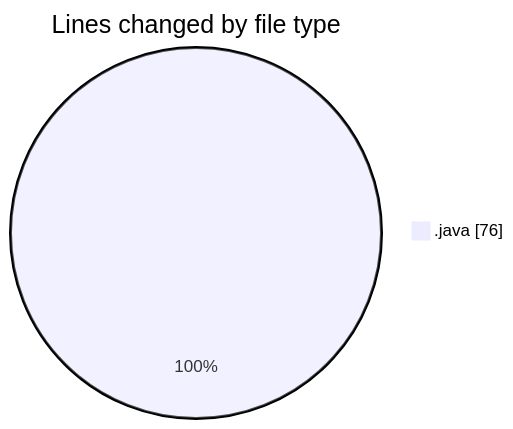
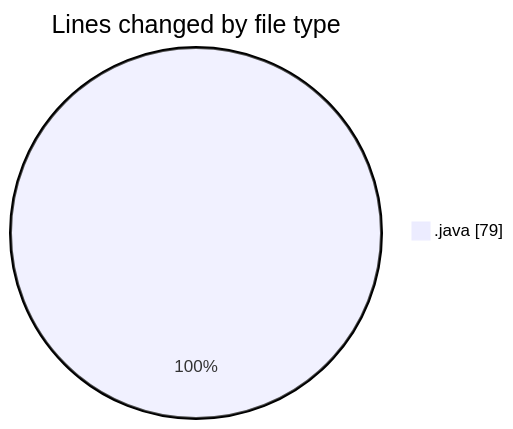
The first of 2 diagrams in 2025-02-21/project1/README.md (NitaiMahat/code-tracking), drawn with Mermaid before and after one commit. The commit also changed other lines of this file and 1 other file, not shown here.

````diff
--- a/2025-02-21/project1/README.md
+++ b/2025-02-21/project1/README.md
@@ -20,5 +20,5 @@
 ```mermaid
 pie showData
 title Lines changed by file type
-".java" : 76
+".java" : 79
 ```
````
